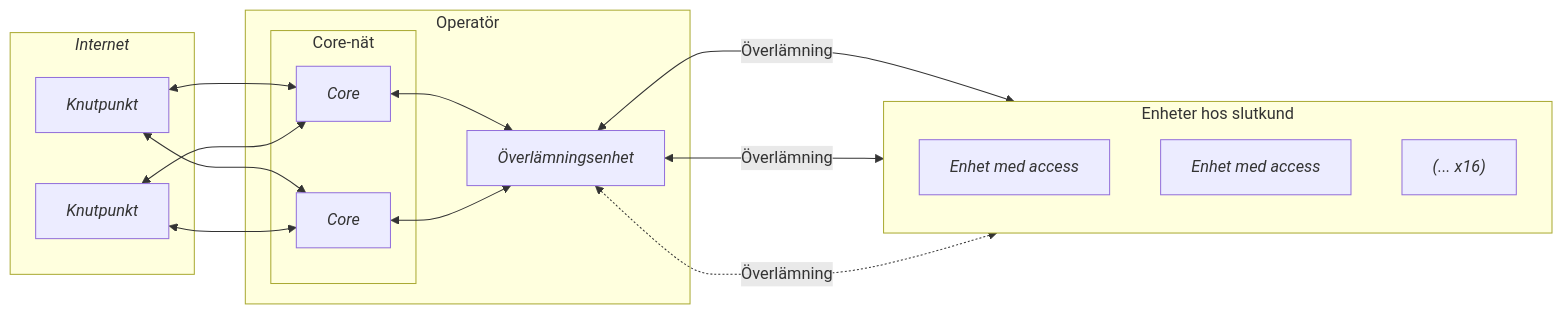
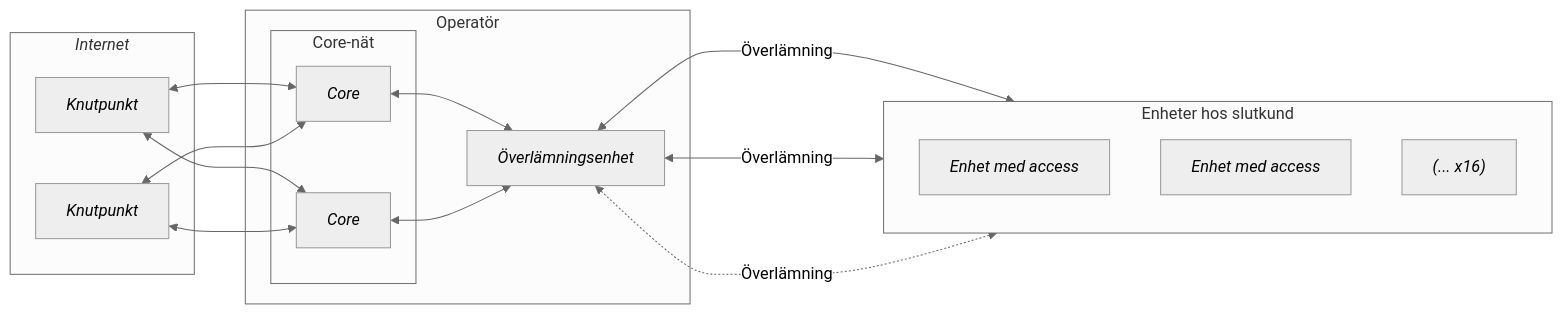
Before and after one commit to tu-stiftelsen/femsmahus2: the diagram in internetspecifikation/oversikt.mmd, drawn with Mermaid. The commit also changed 1 other file, not shown here.

```diff
--- a/internetspecifikation/oversikt.mmd
+++ b/internetspecifikation/oversikt.mmd
@@ -1,25 +1,25 @@
-
+%%{init: {'theme':'neutral'}}%%
 flowchart LR
     subgraph I["`_Internet_`"]
         IX1["`_Knutpunkt_`"]
         IX2["`_Knutpunkt_`"]
     end
     subgraph OP ["`Operatör`"]
         subgraph CS ["`Core-nät`"]
             C1["`_Core_`"]
             C2["`_Core_`"]
         end
         O["`_Överlämningsenhet_`"]
     end
     subgraph SK ["`Enheter hos slutkund`"]
         direction TB
         D1["`_Enhet med access_`"]
         D2["`_Enhet med access_`"]
         D16["`_(... x16)_`"]
     end 
 
     IX1 & IX2 <-->C1 & C2
     C1 & C2 <-->O
     O<-->|Överlämning|D1
     O<-->|Överlämning|D2
     O<-..->|Överlämning|D16
```
